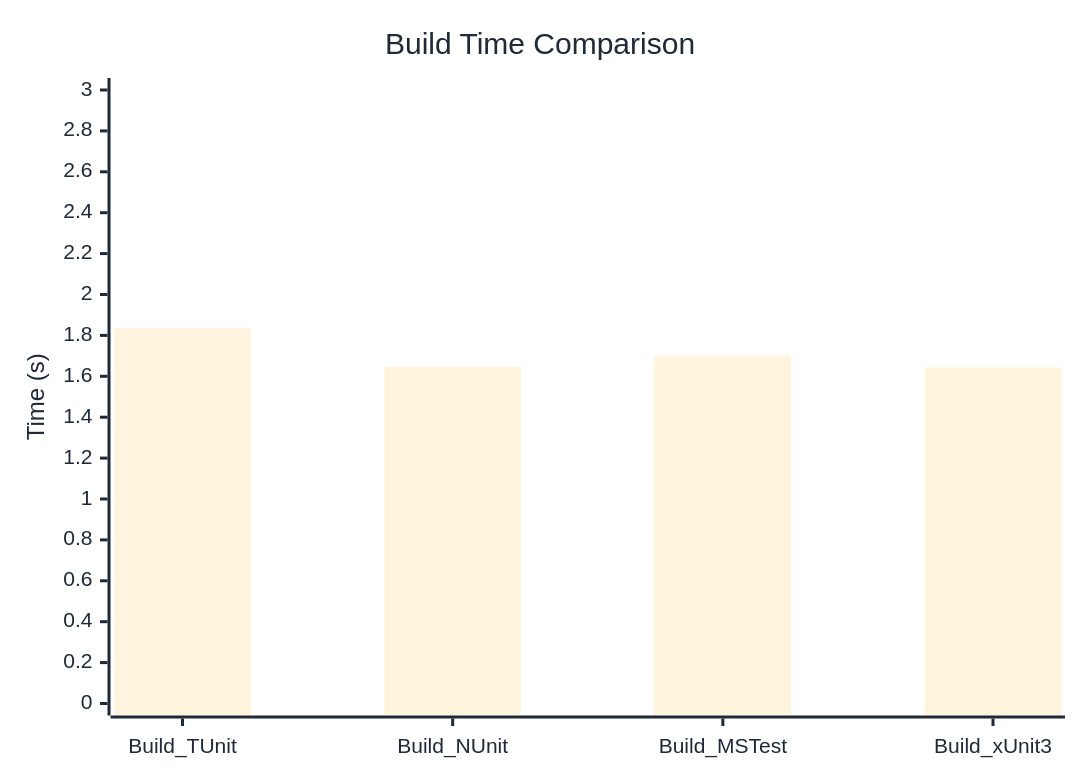
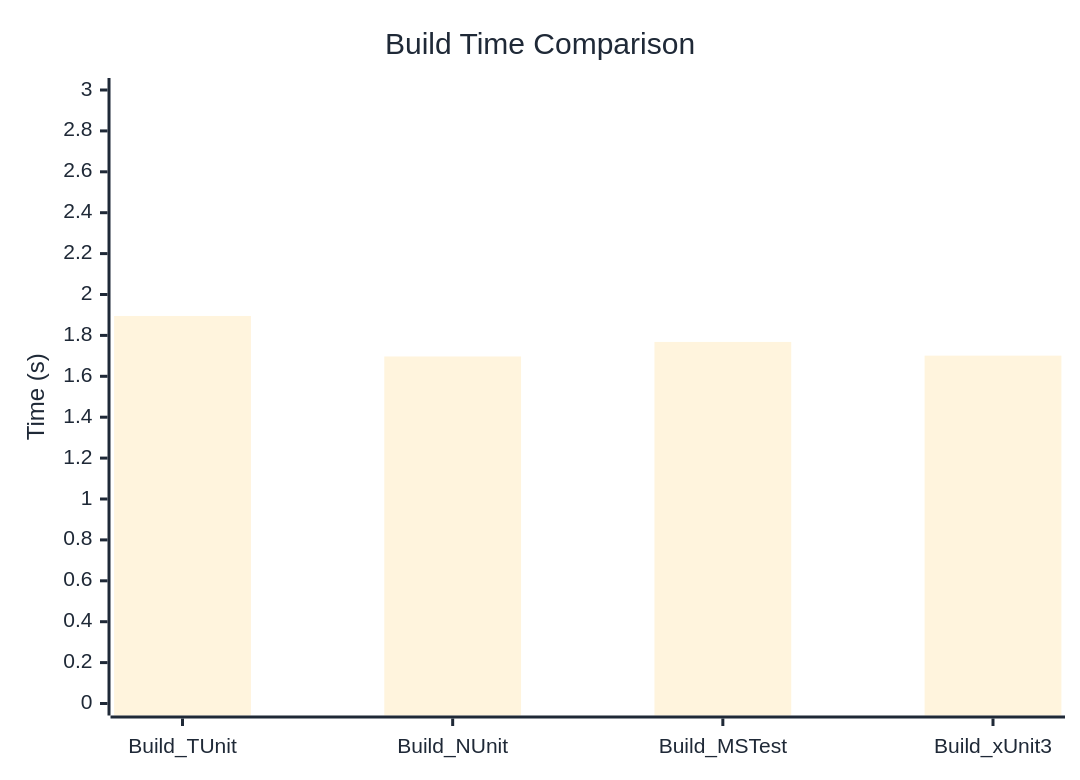
The diagram in docs/docs/benchmarks/BuildTime.md (thomhurst/TUnit), drawn with Mermaid before and after one commit. The commit also changed other lines of this file and 17 other files, not shown here.

````diff
--- a/docs/docs/benchmarks/BuildTime.md
+++ b/docs/docs/benchmarks/BuildTime.md
@@ -28,37 +28,37 @@
 ```mermaid
 %%{init: {
   'theme':'base',
   'themeVariables': {
     'primaryColor': '#2563eb',
     'primaryTextColor': '#1f2937',
     'primaryBorderColor': '#1e40af',
     'lineColor': '#6b7280',
     'secondaryColor': '#7c3aed',
     'tertiaryColor': '#dc2626',
     'background': '#ffffff',
     'mainBkg': '#2563eb',
     'secondBkg': '#7c3aed',
     'tertiaryBkg': '#dc2626',
     'clusterBkg': '#f3f4f6',
     'edgeLabelBackground': '#ffffff',
     'tertiaryTextColor': '#1f2937',
     'pie1': '#2563eb',
     'pie2': '#7c3aed',
     'pie3': '#dc2626',
     'pie4': '#f59e0b',
     'pie5': '#10b981',
     'pie6': '#06b6d4',
     'pie7': '#ec4899',
     'pie8': '#6366f1',
     'pie9': '#84cc16',
     'pie10': '#f97316',
     'pie11': '#14b8a6',
     'pie12': '#a855f7'
   }
 }}%%
 xychart-beta
   title "Build Time Comparison"
   x-axis ["Build_TUnit", "Build_NUnit", "Build_MSTest", "Build_xUnit3"]
   y-axis "Time (s)" 0 --> 3
-  bar [1.837, 1.648, 1.703, 1.643]
+  bar [1.895, 1.697, 1.768, 1.701]
 ```
````
